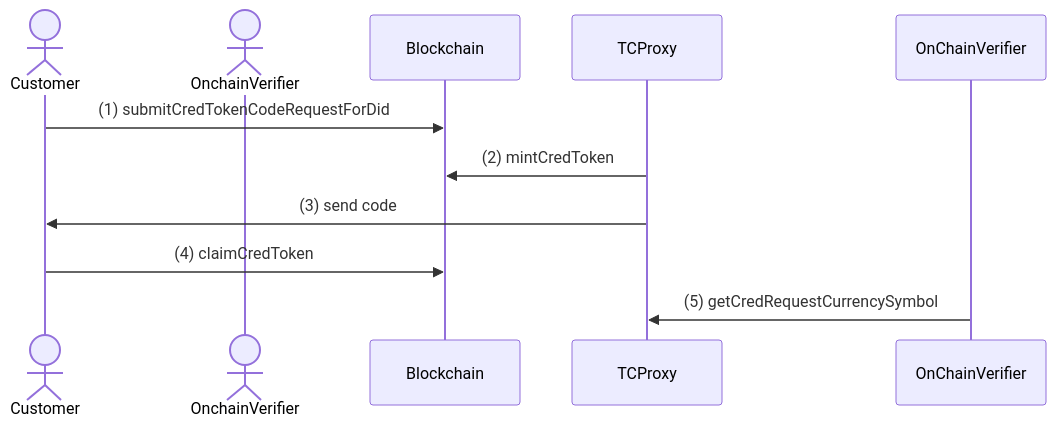
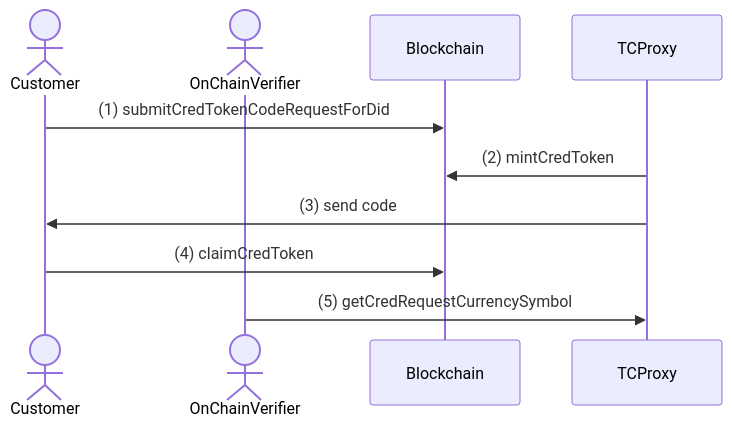
One commit to zakaio/cardano-tokens-and-credentials changed the fourth of 6 diagrams in docs/Flow.md. Above: the diagram before and after it, drawn with Mermaid.

````diff
--- a/docs/Flow.md
+++ b/docs/Flow.md
@@ -58,12 +58,12 @@
 ```mermaid
 sequenceDiagram
 actor Customer
-actor OnchainVerifier
+actor OnChainVerifier
 
 Customer ->> Blockchain: (1) submitCredTokenCodeRequestForDid
 TCProxy ->> Blockchain: (2) mintCredToken 
 TCProxy ->> Customer: (3)  send code
 Customer ->> Blockchain: (4)  claimCredToken
 
 OnChainVerifier ->> TCProxy: (5)  getCredRequestCurrencySymbol
 ```
````
